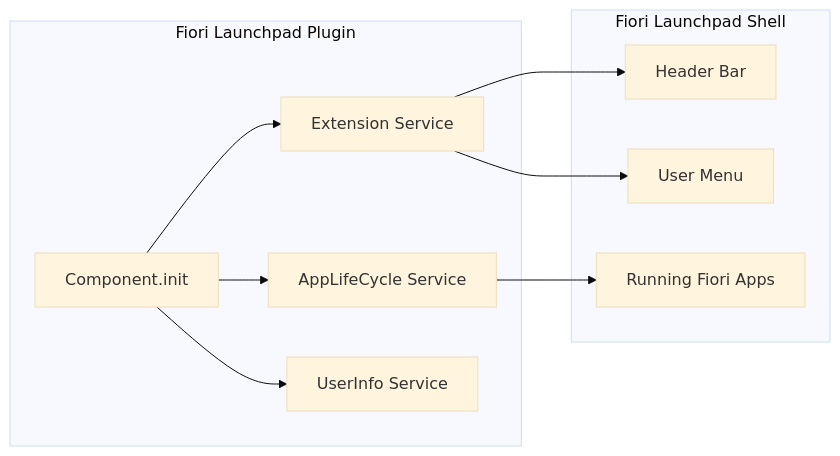
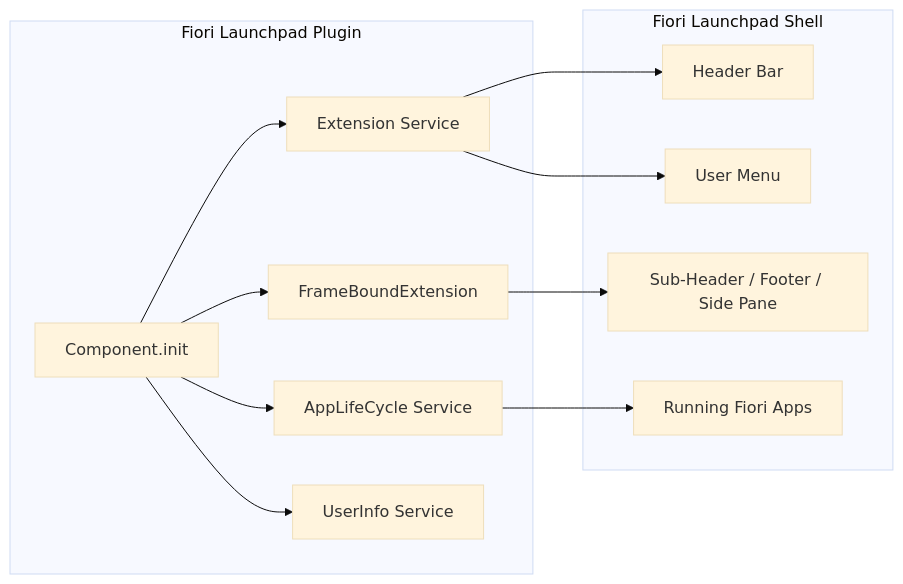
One commit to mariokernich/blog changed the diagram in content/posts/developing-fiori-launchpad-plugins-with-typescript/index.md. Above: the diagram before and after it, drawn with Mermaid (base theme). The commit also changed other lines of this file, not shown here.

Commit message:
mod: expand Fiori Launchpad plugin documentation with detailed examples for extending shell UI, including FrameBoundExtension usage and new API features

````diff
--- a/content/posts/developing-fiori-launchpad-plugins-with-typescript/index.md
+++ b/content/posts/developing-fiori-launchpad-plugins-with-typescript/index.md
@@ -73,22 +74,26 @@
 ```mermaid
 flowchart LR
     subgraph Plugin["Fiori Launchpad Plugin"]
         C[Component.init]
         E[Extension Service]
+        F[FrameBoundExtension]
         A[AppLifeCycle Service]
         U[UserInfo Service]
     end
 
     subgraph Shell["Fiori Launchpad Shell"]
         H[Header Bar]
+        SH[Sub-Header / Footer / Side Pane]
         M[User Menu]
         Apps[Running Fiori Apps]
     end
 
     C --> E
+    C --> F
     C --> A
     C --> U
     E --> H
     E --> M
+    F --> SH
     A --> Apps
 ```
````
